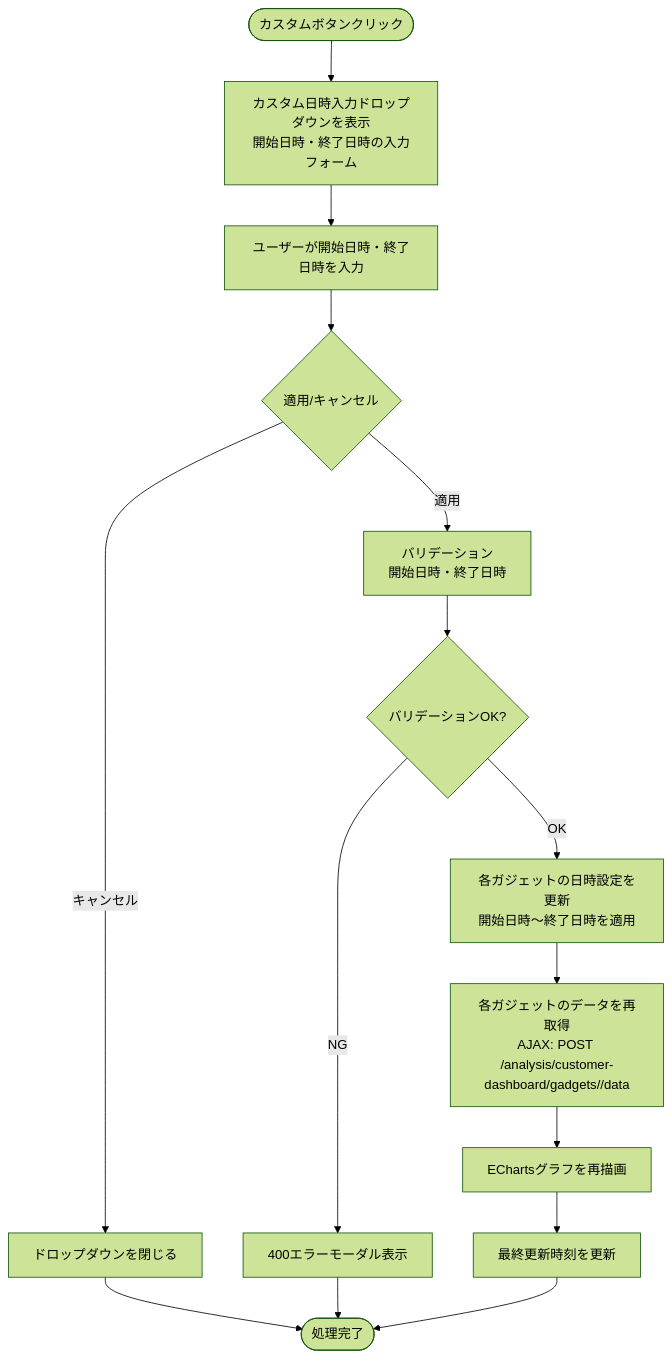
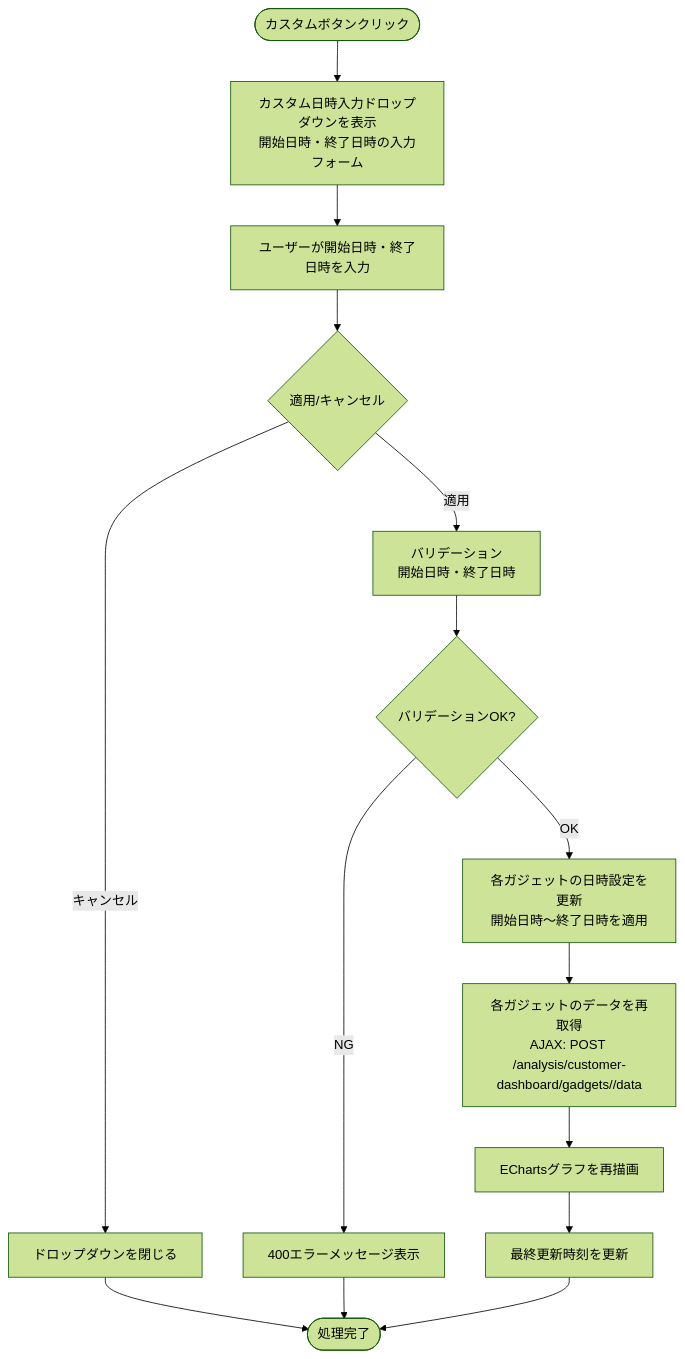
Diagram 14 of 17 in docs/03-features/flask-app/customer-dashboard/common/workflow-specification.md (NSW-SVCP-AIWG002/Databricks-IoT), drawn with Mermaid (forest theme) before and after one commit. The commit also changed other lines of this file and 3 other files, not shown here.

````diff
--- a/docs/03-features/flask-app/customer-dashboard/common/workflow-specification.md
+++ b/docs/03-features/flask-app/customer-dashboard/common/workflow-specification.md
@@ -2162,20 +2506,20 @@
 ```mermaid
 flowchart TD
     Start([カスタムボタンクリック]) --> ShowDropdown[カスタム日時入力ドロップダウンを表示<br>開始日時・終了日時の入力フォーム]
     ShowDropdown --> Input[ユーザーが開始日時・終了日時を入力]
     Input --> CheckApply{適用/キャンセル}
     CheckApply -->|キャンセル| CloseDropdown[ドロップダウンを閉じる]
 
     CheckApply -->|適用| Validate[バリデーション<br>開始日時・終了日時]
     Validate --> CheckValidate{バリデーションOK?}
-    CheckValidate -->|NG| Error400[400エラーモーダル表示]
+    CheckValidate -->|NG| Error400[400エラーメッセージ表示]
 
     CheckValidate -->|OK| UpdateGadgets[各ガジェットの日時設定を更新<br>開始日時～終了日時を適用]
     UpdateGadgets --> FetchData[各ガジェットのデータを再取得<br>AJAX: POST /analysis/customer-dashboard/gadgets/<gadget_uuid>/data]
     FetchData --> UpdateChart[EChartsグラフを再描画]
     UpdateChart --> UpdateTime[最終更新時刻を更新]
 
     UpdateTime --> End([処理完了])
     CloseDropdown --> End
     Error400 --> End
 ```
````
